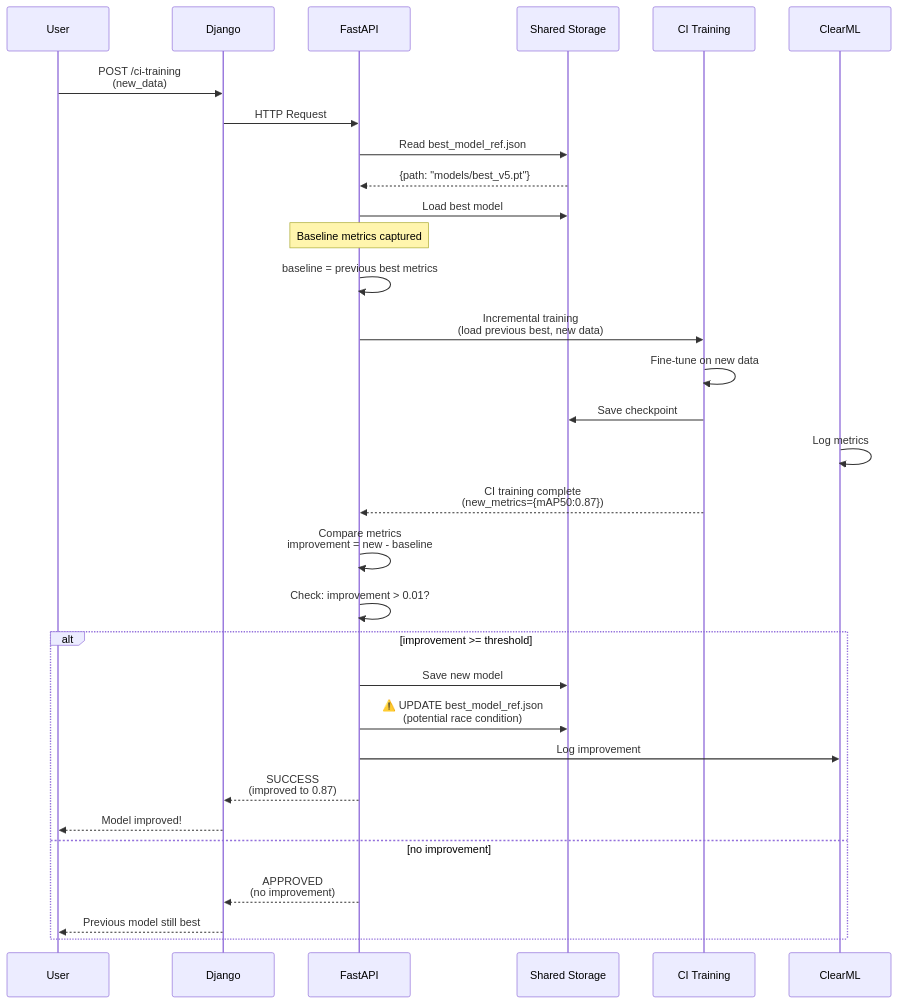
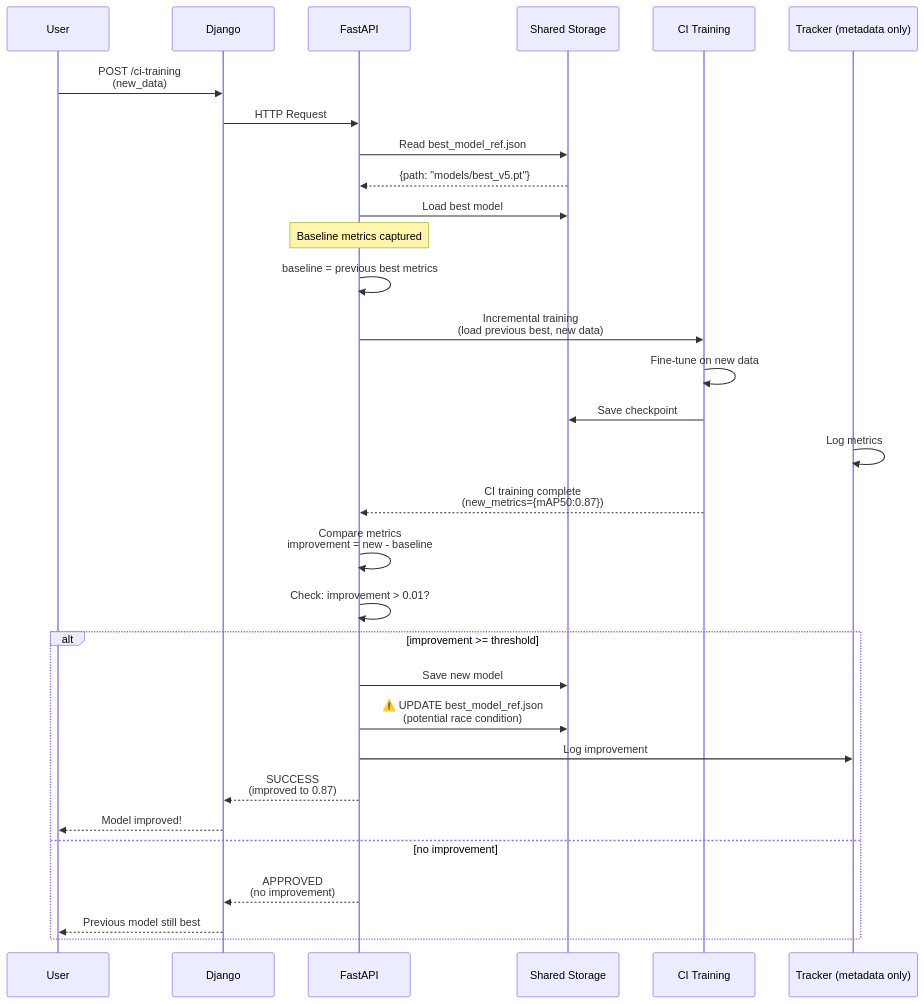
One commit to maaferna/yolo-training-inference-orchestration-architecture changed the diagram in diagrams/ci-training-flow.mmd. Above: the diagram before and after it, drawn with Mermaid. The commit also changed 17 other files, not shown here.

```diff
--- a/diagrams/ci-training-flow.mmd
+++ b/diagrams/ci-training-flow.mmd
@@ -1,38 +1,38 @@
 sequenceDiagram
     participant User
     participant Django
     participant FastAPI
     participant Storage as Shared Storage
     participant YOLO as CI Training
-    participant ClearML
+    participant Tracker as Tracker (metadata only)
     
     User->>Django: POST /ci-training<br/>(new_data)
     Django->>FastAPI: HTTP Request
     
     FastAPI->>Storage: Read best_model_ref.json
     Storage-->>FastAPI: {path: "models/best_v5.pt"}
     FastAPI->>Storage: Load best model
     
     Note over FastAPI: Baseline metrics captured
     FastAPI->>FastAPI: baseline = previous best metrics
     
     FastAPI->>YOLO: Incremental training<br/>(load previous best, new data)
     YOLO->>YOLO: Fine-tune on new data
     YOLO->>Storage: Save checkpoint
-    ClearML->>ClearML: Log metrics
+    Tracker->>Tracker: Log metrics
     
     YOLO-->>FastAPI: CI training complete<br/>(new_metrics={mAP50:0.87})
     
     FastAPI->>FastAPI: Compare metrics<br/>improvement = new - baseline
     FastAPI->>FastAPI: Check: improvement > 0.01?
     
     alt improvement >= threshold
         FastAPI->>Storage: Save new model
         FastAPI->>Storage: ⚠️ UPDATE best_model_ref.json<br/>(potential race condition)
-        FastAPI->>ClearML: Log improvement
+        FastAPI->>Tracker: Log improvement
         FastAPI-->>Django: SUCCESS<br/>(improved to 0.87)
         Django-->>User: Model improved!
     else no improvement
         FastAPI-->>Django: APPROVED<br/>(no improvement)
         Django-->>User: Previous model still best
     end
```
